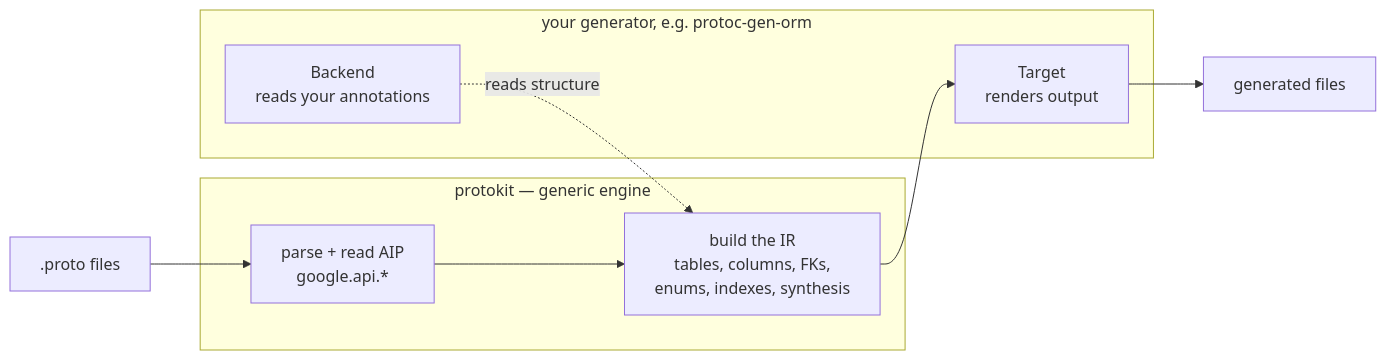
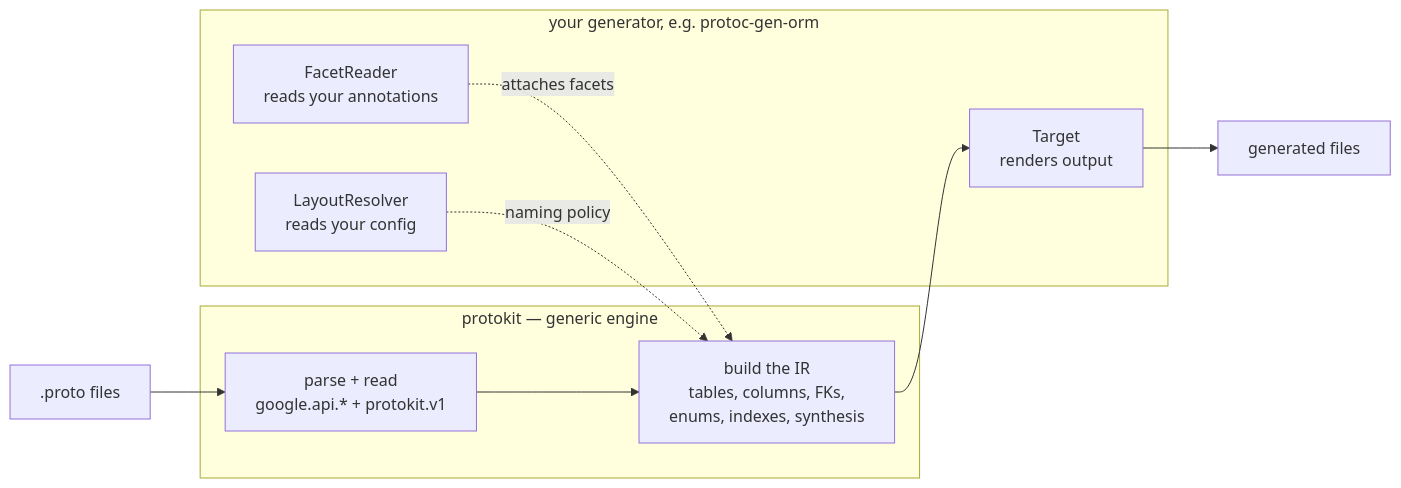
Before and after one commit to the-protobuf-project/protokit: the first of 3 diagrams in README.md, drawn with Mermaid. The commit also changed other lines of this file and 32 other files, not shown here.

First line of the commit message:
feat: add protokit.v1 table options and facet model

````diff
--- a/README.md
+++ b/README.md
@@ -21,14 +23,16 @@
 ```mermaid
 flowchart LR
     P[".proto files"] --> AIP
     subgraph K["protokit — generic engine"]
-        AIP["parse + read AIP<br/>google.api.*"] --> IR["build the IR<br/>tables, columns, FKs,<br/>enums, indexes, synthesis"]
+        AIP["parse + read<br/>google.api.* + protokit.v1"] --> IR["build the IR<br/>tables, columns, FKs,<br/>enums, indexes, synthesis"]
     end
     subgraph Author["your generator, e.g. protoc-gen-orm"]
-        B["Backend<br/>reads your annotations"]
+        R["FacetReader<br/>reads your annotations"]
+        L["LayoutResolver<br/>reads your config"]
         T["Target<br/>renders output"]
     end
-    B -.->|reads structure| IR
+    R -.->|attaches facets| IR
+    L -.->|naming policy| IR
     IR --> T
     T --> OUT["generated files"]
 ```
````
